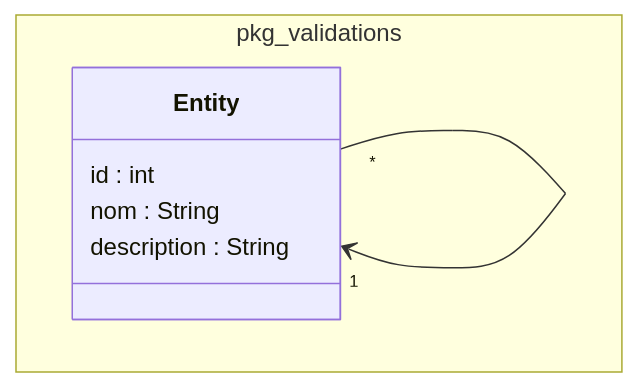
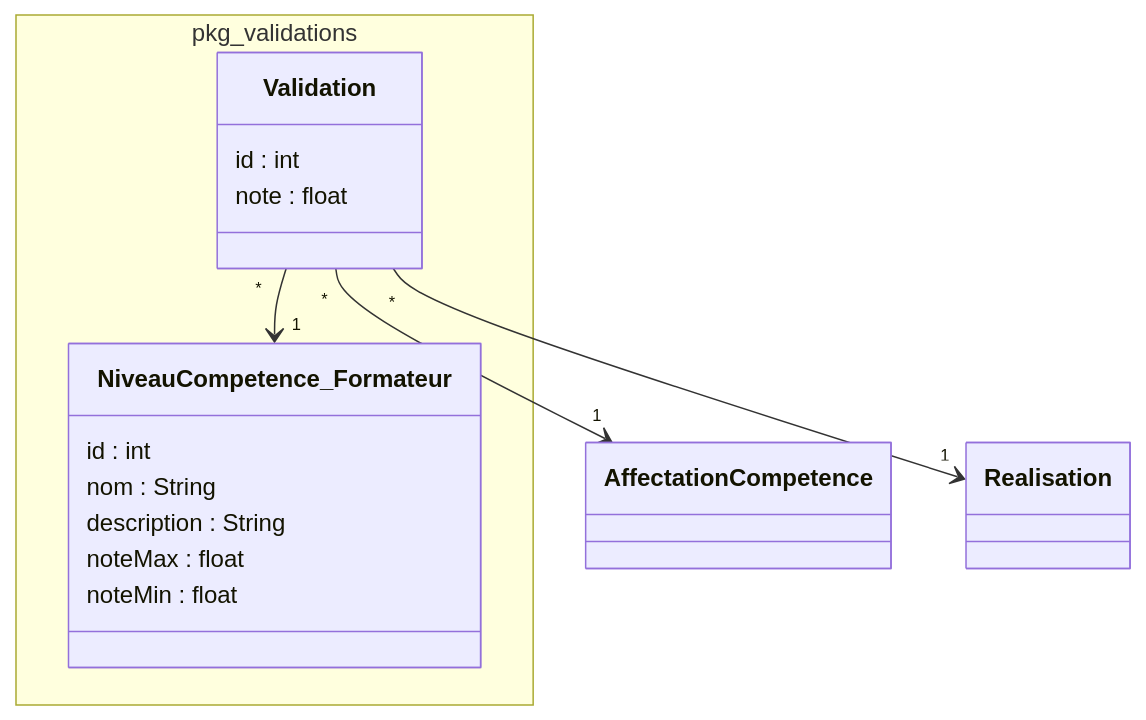
One commit to solicoders/soli-lms changed the diagram in modélisation/pkg_validations/classes_pkg_validations.mmd. Above: the diagram before and after it, drawn with Mermaid. The commit also changed 31 other files, not shown here.

Commit message:
diagramme de classes par packages

```diff
--- a/modélisation/pkg_validations/classes_pkg_validations.mmd
+++ b/modélisation/pkg_validations/classes_pkg_validations.mmd
@@ -1,13 +1,25 @@
 classDiagram
 
 namespace pkg_validations {
 
-class Entity {
+class Validation {
+  id : int
+  note : float
+}
+
+class NiveauCompetence_Formateur{
   id : int
   nom : String
   description : String
+  noteMax : float
+  noteMin : float
 }
+
 
 }
 
-Entity "*" --> "1" Entity
+
+
+Validation "*" --> "1" NiveauCompetence_Formateur
+Validation "*" --> "1" AffectationCompetence
+Validation  "*" --> "1" Realisation
```
